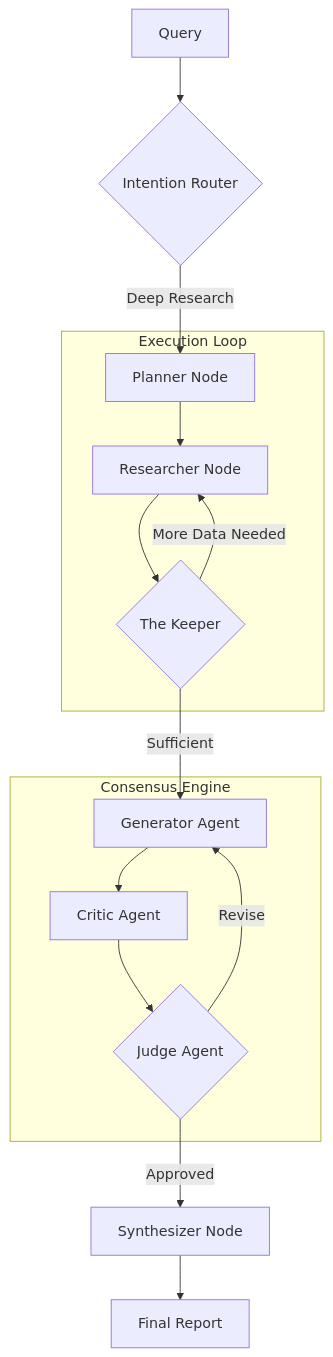
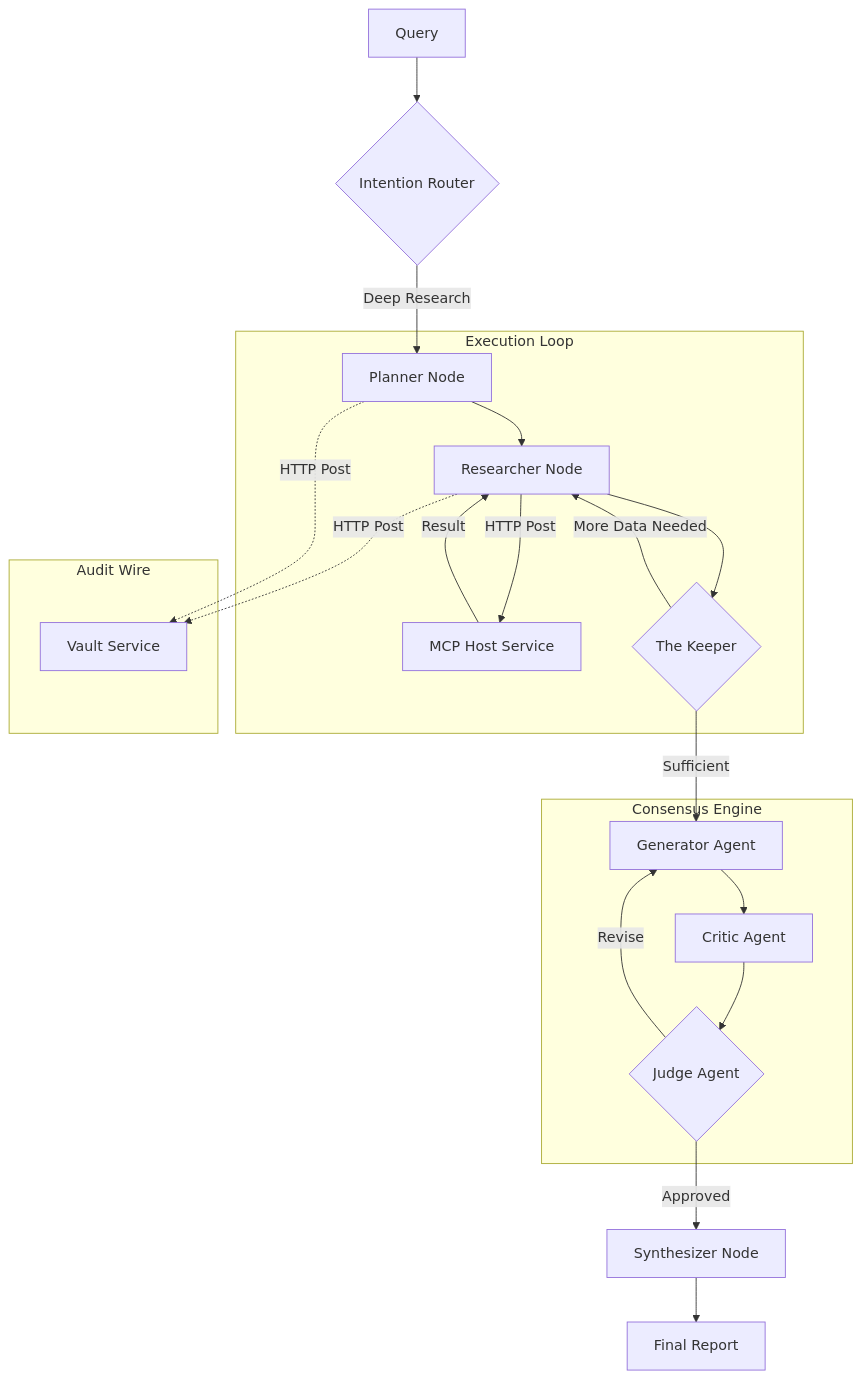
Before and after one commit to azzindani/Kea: the diagram in services/orchestrator/README.md, drawn with Mermaid. The commit also changed other lines of this file and 49 other files, not shown here.

Commit message:
feat: Add initial core components and structure for orchestrator, vault, RAG, swarm manager, chronos, and MCP host services, including shared utilities.

````diff
--- a/services/orchestrator/README.md
+++ b/services/orchestrator/README.md
@@ -18,22 +18,29 @@
 ```mermaid
 graph TD
     Start[Query] --> Router{Intention Router}
     Router -->|Deep Research| Planner[Planner Node]
     
     subgraph Execution Loop
         Planner --> Researcher[Researcher Node]
+        Researcher -->|HTTP Post| MCP[MCP Host Service]
+        MCP -->|Result| Researcher
         Researcher --> Keeper{The Keeper}
         Keeper --"More Data Needed"--> Researcher
     end
     
+    subgraph Audit Wire
+        Researcher -.->|HTTP Post| Vault[Vault Service]
+        Planner -.->|HTTP Post| Vault
+    end
+        
     Keeper --"Sufficient"--> Generator[Generator Agent]
     
     subgraph Consensus Engine
         Generator --> Critic[Critic Agent]
         Critic --> Judge{Judge Agent}
         Judge --"Revise"--> Generator
     end
     
     Judge --"Approved"--> Synthesizer[Synthesizer Node]
     Synthesizer --> End[Final Report]
 ```
````
